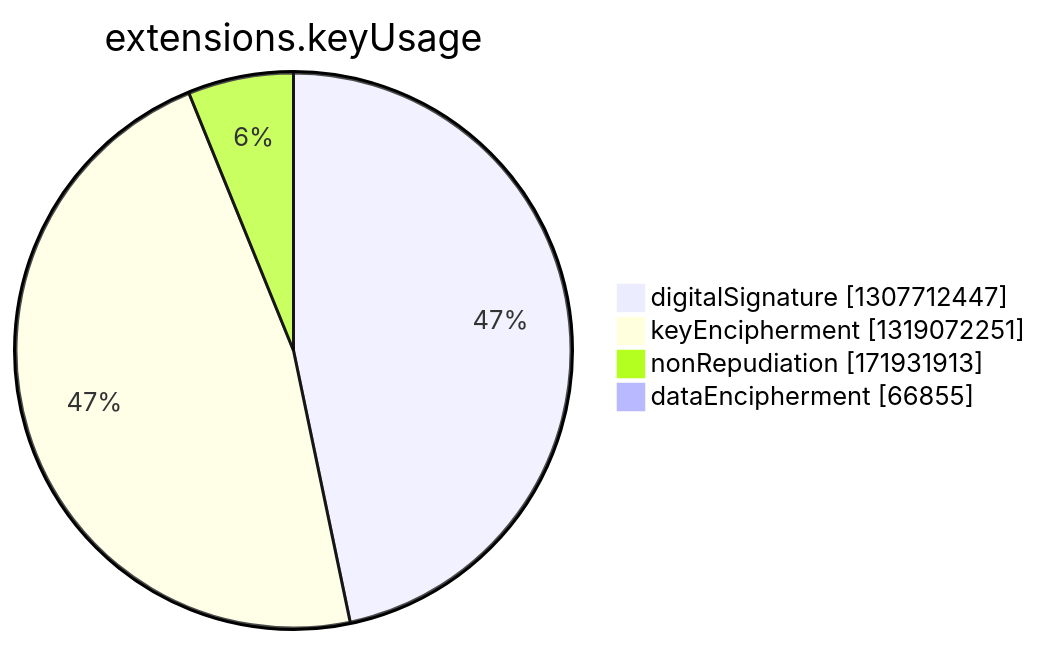
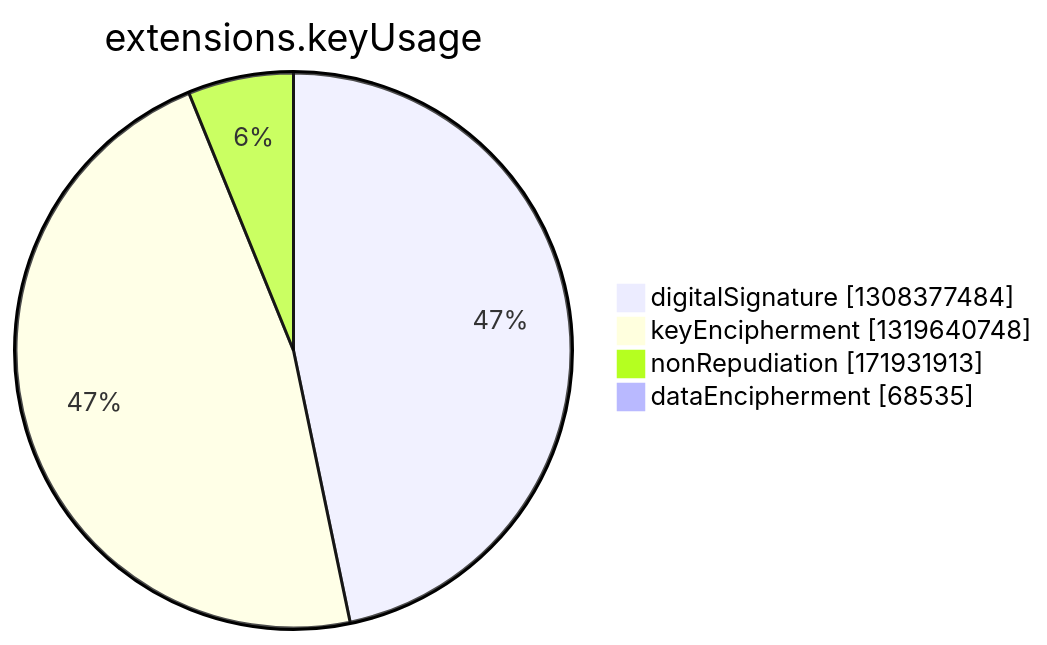
Before and after one commit to christiankrug/ctmonitor_visualization: the seventh of 15 diagrams in argon2022/README.md, drawn with Mermaid. The commit also changed other lines of this file, not shown here.

````diff
--- a/argon2022/README.md
+++ b/argon2022/README.md
@@ -2750,8 +2750,8 @@
 ```mermaid
 pie showData
 title extensions.keyUsage
-"digitalSignature" :1307712447
-"keyEncipherment" :1319072251
+"digitalSignature" :1308377484
+"keyEncipherment" :1319640748
 "nonRepudiation" :171931913
-"dataEncipherment" :66855
+"dataEncipherment" :68535
 ```
````
